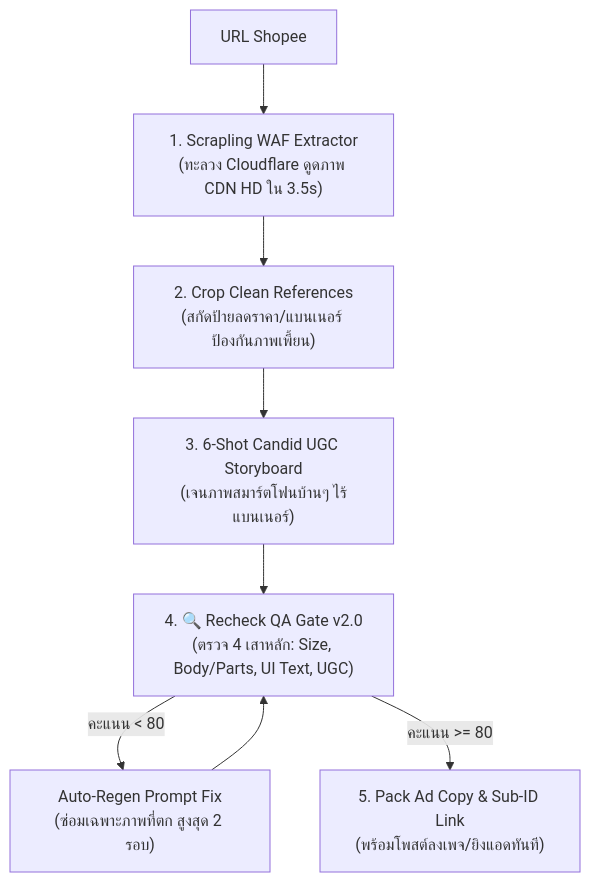
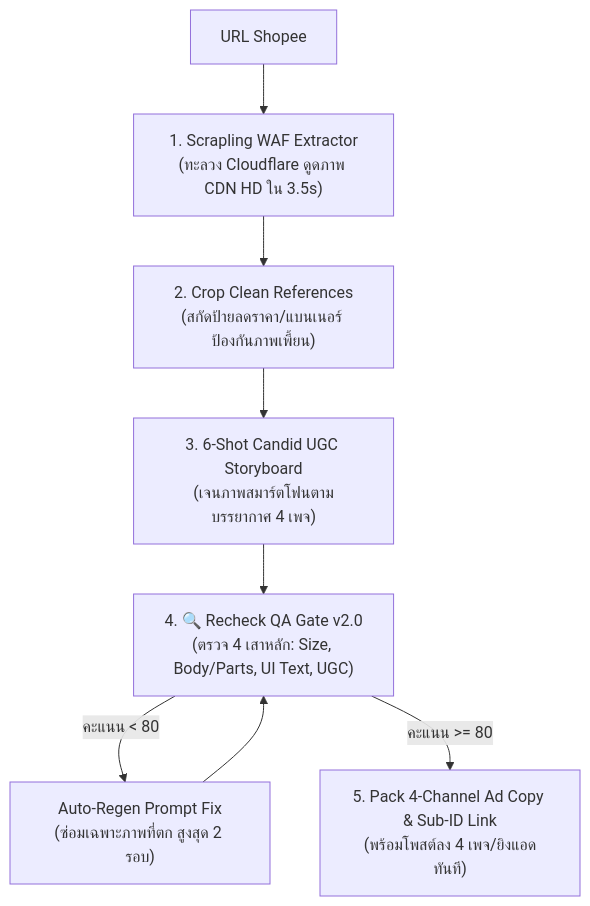
The diagram in My Stock Portfolio/.agents/skills/shopeefbpost/SKILL.md (TheDarkXX/MyProjects), drawn with Mermaid before and after one commit. The commit also changed other lines of this file and 7 other files, not shown here.

````diff
--- a/My Stock Portfolio/.agents/skills/shopeefbpost/SKILL.md
+++ b/My Stock Portfolio/.agents/skills/shopeefbpost/SKILL.md
@@ -51,10 +178,10 @@
 ```mermaid
 flowchart TD
     A["URL Shopee"] --> B["1. Scrapling WAF Extractor<br/>(ทะลวง Cloudflare ดูดภาพ CDN HD ใน 3.5s)"]
     B --> C["2. Crop Clean References<br/>(สกัดป้ายลดราคา/แบนเนอร์ ป้องกันภาพเพี้ยน)"]
-    C --> D["3. 6-Shot Candid UGC Storyboard<br/>(เจนภาพสมาร์ตโฟนบ้านๆ ไร้แบนเนอร์)"]
+    C --> D["3. 6-Shot Candid UGC Storyboard<br/>(เจนภาพสมาร์ตโฟนตามบรรยากาศ 4 เพจ)"]
     D --> E["4. 🔍 Recheck QA Gate v2.0<br/>(ตรวจ 4 เสาหลัก: Size, Body/Parts, UI Text, UGC)"]
     E -- "คะแนน < 80" --> F["Auto-Regen Prompt Fix<br/>(ซ่อมเฉพาะภาพที่ตก สูงสุด 2 รอบ)"]
     F --> E
-    E -- "คะแนน >= 80" --> G["5. Pack Ad Copy & Sub-ID Link<br/>(พร้อมโพสต์ลงเพจ/ยิงแอดทันที)"]
+    E -- "คะแนน >= 80" --> G["5. Pack 4-Channel Ad Copy & Sub-ID Link<br/>(พร้อมโพสต์ลง 4 เพจ/ยิงแอดทันที)"]
 ```
````
